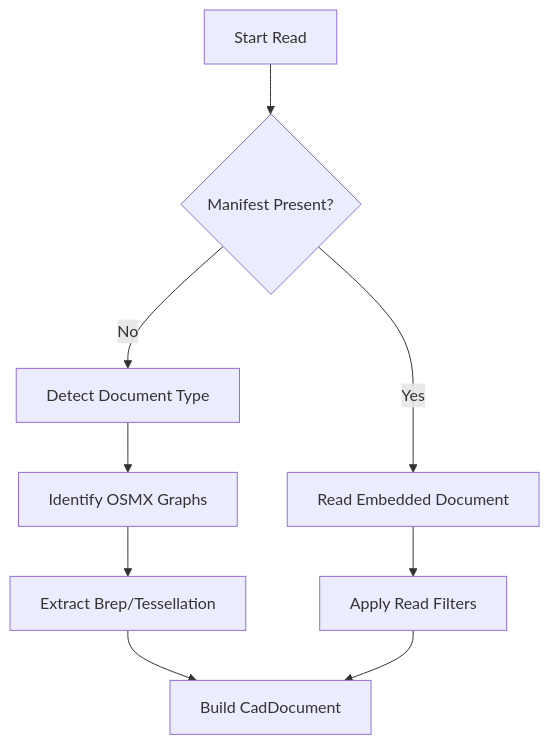
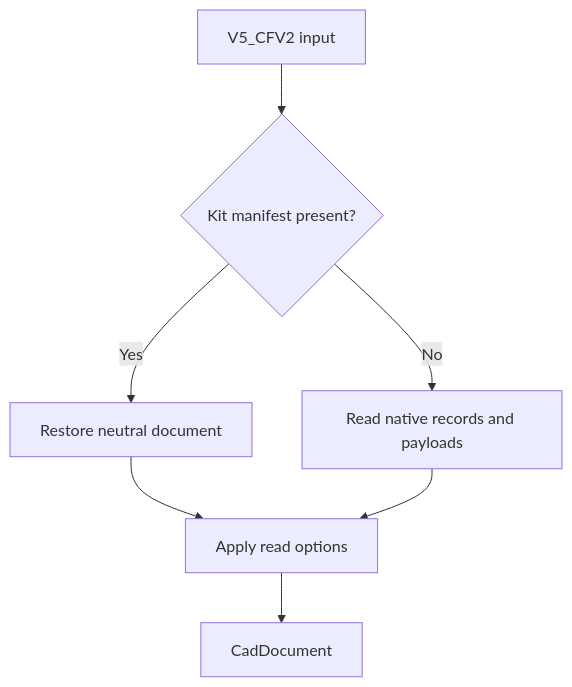
Before and after one commit to TryUniCAD/Kit: the diagram in Documentation/Reference/Adapters/Catia.md, drawn with Mermaid. The commit also changed other lines of this file and 53 other files, not shown here.

````diff
--- a/Documentation/Reference/Adapters/Catia.md
+++ b/Documentation/Reference/Adapters/Catia.md
@@ -72,11 +41,9 @@
 ```mermaid
 flowchart TD
-    A[Start Read] --> B{Manifest Present?}
-    B -- Yes --> C[Read Embedded Document]
-    B -- No --> D[Detect Document Type]
-    D --> E[Identify OSMX Graphs]
-    E --> F[Extract Brep/Tessellation]
-    F --> G[Build CadDocument]
-    C --> H[Apply Read Filters]
-    H --> G
+    Container[V5_CFV2 input] --> Manifest{Kit manifest present?}
+    Manifest -- Yes --> Restore[Restore neutral document]
+    Manifest -- No --> Native[Read native records and payloads]
+    Restore --> Filter[Apply read options]
+    Native --> Filter
+    Filter --> Document[CadDocument]
 ```
````
